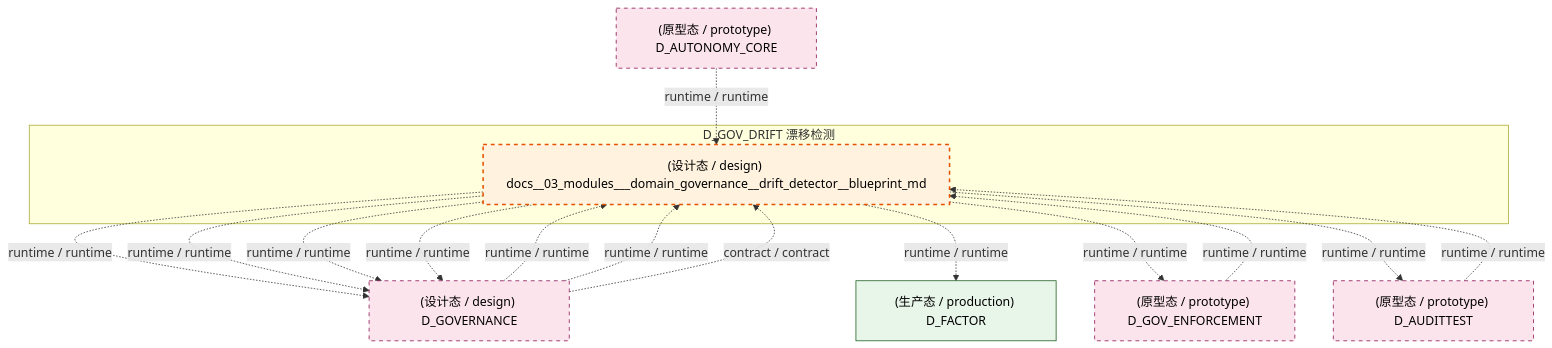
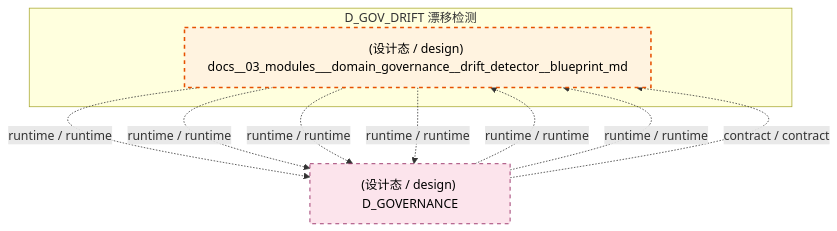
One commit to xuanFelixVan/ZephyrAlpha changed the second of 3 diagrams in docs/02_enterprise_architecture/02_domain_architecture_docs/34_d_gov_drift.md. Above: the diagram before and after it, drawn with Mermaid. The commit also changed other lines of this file and 100 other files, not shown here.

````diff
--- a/docs/02_enterprise_architecture/02_domain_architecture_docs/34_d_gov_drift.md
+++ b/docs/02_enterprise_architecture/02_domain_architecture_docs/34_d_gov_drift.md
@@ -106,31 +95,20 @@
 ```mermaid
 graph TD
     subgraph D_GOV_DRIFT["D_GOV_DRIFT 漂移检测"]
         docs_03_modules_domain_governance_drift_detector_blueprint_md["(设计态 / design) docs__03_modules___domain_governance__drift_detector__blueprint_md"]
     end
     D_GOVERNANCE["(设计态 / design) D_GOVERNANCE"]
     docs_03_modules_domain_governance_drift_detector_blueprint_md -.->|runtime / runtime| D_GOVERNANCE
-    D_FACTOR["(生产态 / production) D_FACTOR"]
-    docs_03_modules_domain_governance_drift_detector_blueprint_md -.->|runtime / runtime| D_FACTOR
-    D_GOV_ENFORCEMENT["(原型态 / prototype) D_GOV_ENFORCEMENT"]
-    docs_03_modules_domain_governance_drift_detector_blueprint_md -.->|runtime / runtime| D_GOV_ENFORCEMENT
-    D_AUDITTEST["(原型态 / prototype) D_AUDITTEST"]
-    docs_03_modules_domain_governance_drift_detector_blueprint_md -.->|runtime / runtime| D_AUDITTEST
     docs_03_modules_domain_governance_drift_detector_blueprint_md -.->|runtime / runtime| D_GOVERNANCE
     docs_03_modules_domain_governance_drift_detector_blueprint_md -.->|runtime / runtime| D_GOVERNANCE
     docs_03_modules_domain_governance_drift_detector_blueprint_md -.->|runtime / runtime| D_GOVERNANCE
-    D_GOV_ENFORCEMENT -.->|runtime / runtime| docs_03_modules_domain_governance_drift_detector_blueprint_md
     D_GOVERNANCE -.->|runtime / runtime| docs_03_modules_domain_governance_drift_detector_blueprint_md
     D_GOVERNANCE -.->|runtime / runtime| docs_03_modules_domain_governance_drift_detector_blueprint_md
     D_GOVERNANCE -.->|contract / contract| docs_03_modules_domain_governance_drift_detector_blueprint_md
-    D_AUTONOMY_CORE["(原型态 / prototype) D_AUTONOMY_CORE"]
-    D_AUTONOMY_CORE -.->|runtime / runtime| docs_03_modules_domain_governance_drift_detector_blueprint_md
-    D_AUDITTEST -.->|runtime / runtime| docs_03_modules_domain_governance_drift_detector_blueprint_md
     classDef production fill:#e1f5fe,stroke:#01579b,stroke-width:2px,color:#000
     classDef design fill:#fff3e0,stroke:#e65100,stroke-width:2px,color:#000,stroke-dasharray: 5 5
     classDef external_prod fill:#e8f5e9,stroke:#1b5e20,stroke-width:1px,color:#000
     classDef external_design fill:#fce4ec,stroke:#880e4f,stroke-width:1px,color:#000,stroke-dasharray: 5 5
     class docs_03_modules_domain_governance_drift_detector_blueprint_md design
-    class D_FACTOR external_prod
-    class D_GOVERNANCE,D_GOV_ENFORCEMENT,D_AUDITTEST,D_AUTONOMY_CORE external_design
+    class D_GOVERNANCE external_design
 ```
````
